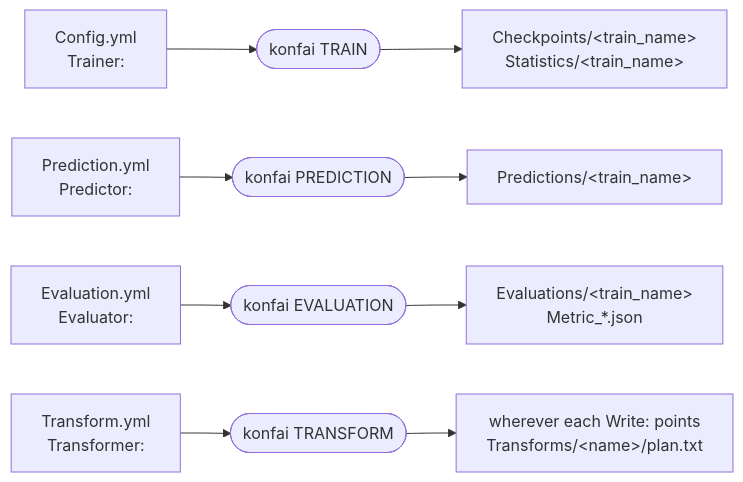
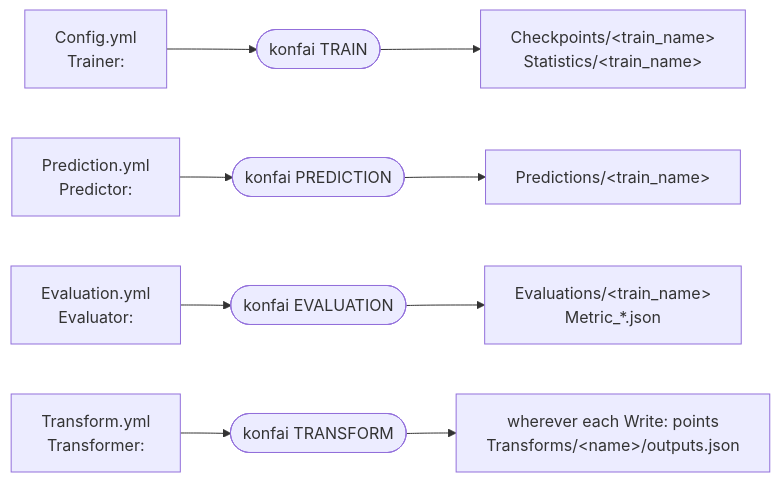
Before and after one commit to fideus-labs/KonfAI: the diagram in docs/source/concepts/execution-flow.md, drawn with Mermaid. The commit also changed other lines of this file and 7 other files, not shown here.

First line of the commit message:
docs: the plan verdicts, outputs.json, and the Studio variables

````diff
--- a/docs/source/concepts/execution-flow.md
+++ b/docs/source/concepts/execution-flow.md
@@ -17,13 +17,13 @@
 ```{mermaid}
 flowchart LR
     C[Config.yml<br/>Trainer:]:::cfg --> T([konfai TRAIN]):::cmd
     P[Prediction.yml<br/>Predictor:]:::cfg --> R([konfai PREDICTION]):::cmd
     E[Evaluation.yml<br/>Evaluator:]:::cfg --> V([konfai EVALUATION]):::cmd
     X[Transform.yml<br/>Transformer:]:::cfg --> W([konfai TRANSFORM]):::cmd
 
     T --> TO[Checkpoints/&lt;train_name&gt;<br/>Statistics/&lt;train_name&gt;]:::out
     R --> RO[Predictions/&lt;train_name&gt;]:::out
     V --> VO[Evaluations/&lt;train_name&gt;<br/>Metric_*.json]:::out
-    W --> WO[wherever each Write: points<br/>Transforms/&lt;name&gt;/plan.txt]:::out
+    W --> WO[wherever each Write: points<br/>Transforms/&lt;name&gt;/outputs.json]:::out
 
 ```
````
